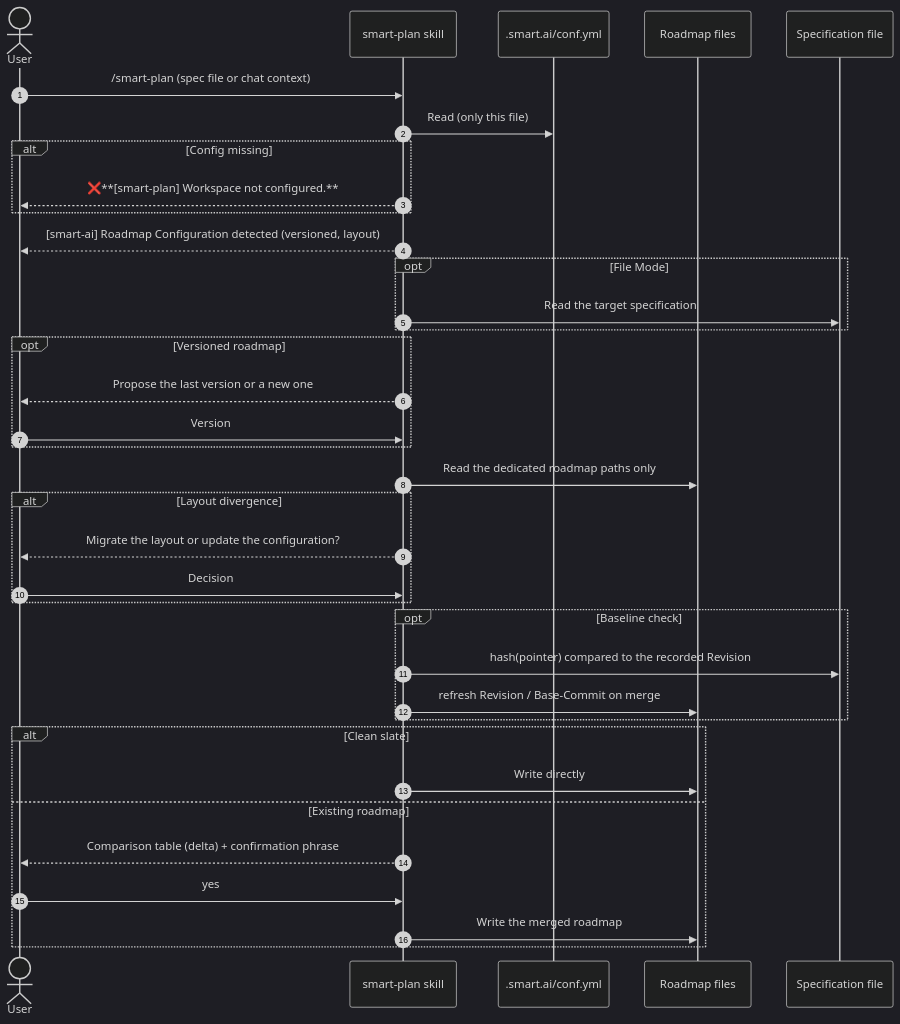
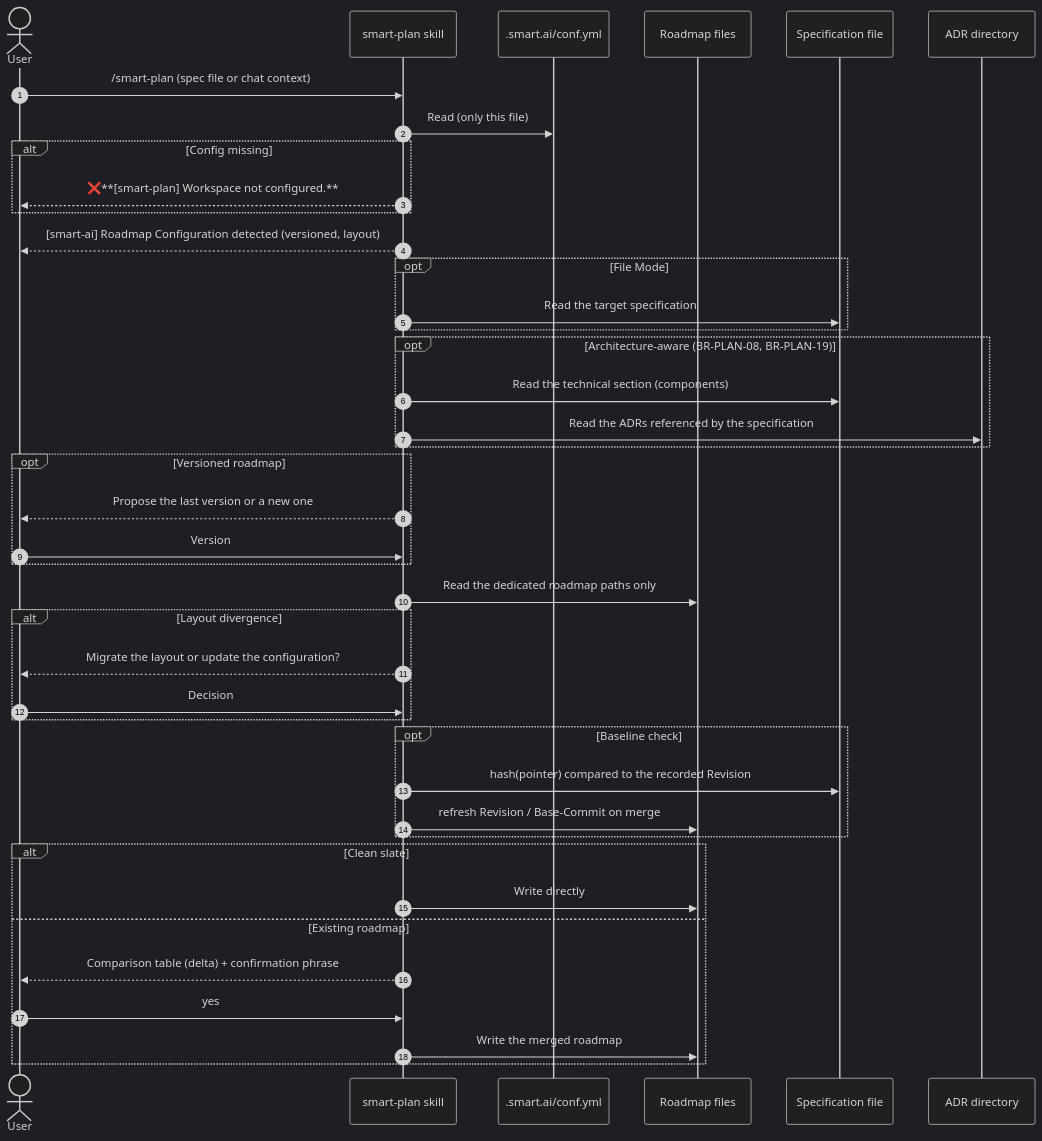
Before and after one commit to fletort/smart-ai-factory: the third of 3 diagrams in docs/specs/smart-plan.md, drawn with Mermaid (dark theme). The commit also changed other lines of this file and 2 other files, not shown here.

````diff
--- a/docs/specs/smart-plan.md
+++ b/docs/specs/smart-plan.md
@@ -238,39 +300,44 @@
   ```mermaid
   sequenceDiagram
       autonumber
       actor User
       participant Skill as smart-plan skill
       participant Cfg as .smart.ai/conf.yml
       participant FS as Roadmap files
       participant Spec as Specification file
+      participant Adr as ADR directory
 
       User->>Skill: /smart-plan (spec file or chat context)
       Skill->>Cfg: Read (only this file)
       alt Config missing
           Skill-->>User: ❌**[smart-plan] Workspace not configured.**
       end
       Skill-->>User: [smart-ai] Roadmap Configuration detected (versioned, layout)
       opt File Mode
           Skill->>Spec: Read the target specification
+      end
+      opt Architecture-aware (BR-PLAN-08, BR-PLAN-19)
+          Skill->>Spec: Read the technical section (components)
+          Skill->>Adr: Read the ADRs referenced by the specification
       end
       opt Versioned roadmap
           Skill-->>User: Propose the last version or a new one
           User->>Skill: Version
       end
       Skill->>FS: Read the dedicated roadmap paths only
       alt Layout divergence
           Skill-->>User: Migrate the layout or update the configuration?
           User->>Skill: Decision
       end
       opt Baseline check
           Skill->>Spec: hash(pointer) compared to the recorded Revision
           Skill->>FS: refresh Revision / Base-Commit on merge
       end
       alt Clean slate
           Skill->>FS: Write directly
       else Existing roadmap
           Skill-->>User: Comparison table (delta) + confirmation phrase
           User->>Skill: yes
           Skill->>FS: Write the merged roadmap
       end
   ```
````
